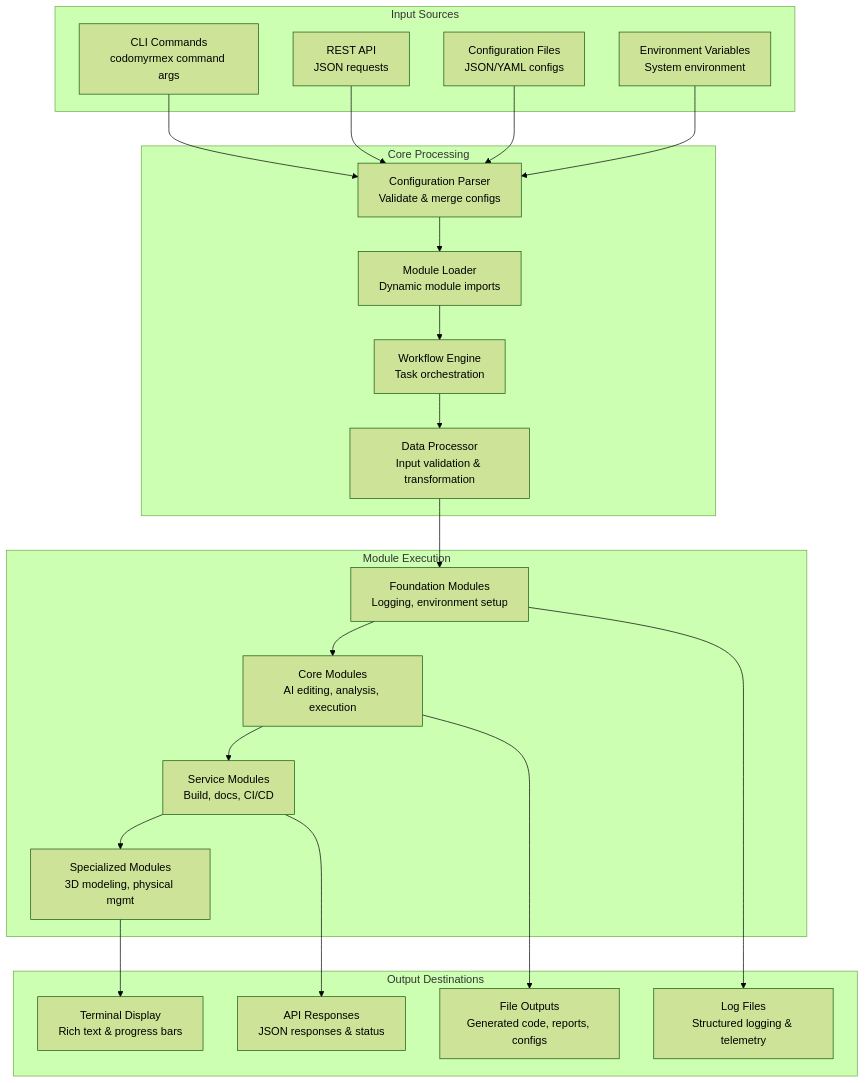
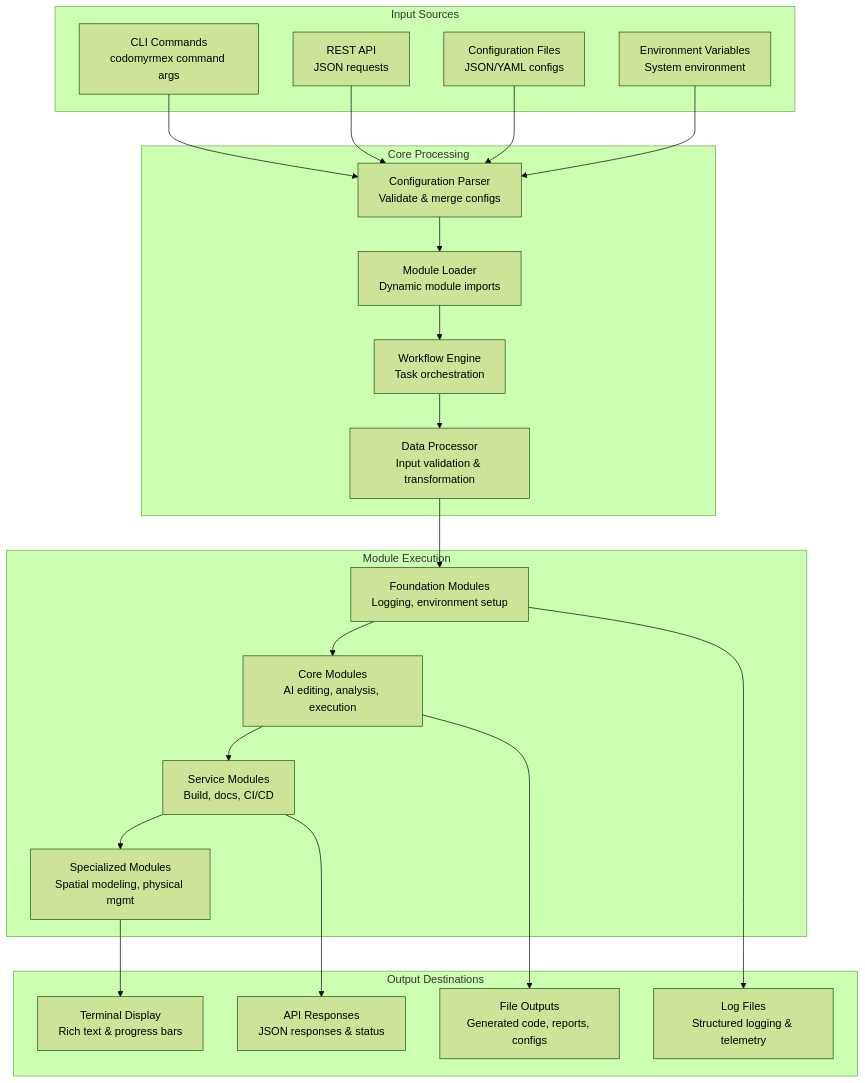
The third of 7 diagrams in src/codomyrmex/README.md (docxology/codomyrmex), drawn with Mermaid (forest theme) before and after one commit. The commit also changed other lines of this file and 1922 other files, not shown here.

````diff
--- a/src/codomyrmex/README.md
+++ b/src/codomyrmex/README.md
@@ -153,49 +153,49 @@
 ```mermaid
 flowchart TD
     subgraph "Input Sources"
         CLI_INPUT[CLI Commands<br/>codomyrmex command args]
         API_INPUT[REST API<br/>JSON requests]
         FILE_INPUT[Configuration Files<br/>JSON/YAML configs]
         ENV_VARS[Environment Variables<br/>System environment]
     end
 
     subgraph "Core Processing"
         CONFIG_PARSER[Configuration Parser<br/>Validate & merge configs]
         MODULE_LOADER[Module Loader<br/>Dynamic module imports]
         WORKFLOW_ENGINE[Workflow Engine<br/>Task orchestration]
         DATA_PROCESSOR[Data Processor<br/>Input validation & transformation]
     end
 
     subgraph "Module Execution"
         FOUNDATION_EXEC[Foundation Modules<br/>Logging, environment setup]
         CORE_EXEC[Core Modules<br/>AI editing, analysis, execution]
         SERVICE_EXEC[Service Modules<br/>Build, docs, CI/CD]
-        SPECIALIZED_EXEC[Specialized Modules<br/>3D modeling, physical mgmt]
+        SPECIALIZED_EXEC[Specialized Modules<br/>Spatial modeling, physical mgmt]
     end
 
     subgraph "Output Destinations"
         TERMINAL_OUTPUT[Terminal Display<br/>Rich text & progress bars]
         FILE_OUTPUT[File Outputs<br/>Generated code, reports, configs]
         API_OUTPUT[API Responses<br/>JSON responses & status]
         LOG_OUTPUT[Log Files<br/>Structured logging & telemetry]
     end
 
     CLI_INPUT --> CONFIG_PARSER
     API_INPUT --> CONFIG_PARSER
     FILE_INPUT --> CONFIG_PARSER
     ENV_VARS --> CONFIG_PARSER
 
     CONFIG_PARSER --> MODULE_LOADER
     MODULE_LOADER --> WORKFLOW_ENGINE
     WORKFLOW_ENGINE --> DATA_PROCESSOR
 
     DATA_PROCESSOR --> FOUNDATION_EXEC
     FOUNDATION_EXEC --> CORE_EXEC
     CORE_EXEC --> SERVICE_EXEC
     SERVICE_EXEC --> SPECIALIZED_EXEC
 
     FOUNDATION_EXEC --> LOG_OUTPUT
     CORE_EXEC --> FILE_OUTPUT
     SERVICE_EXEC --> API_OUTPUT
     SPECIALIZED_EXEC --> TERMINAL_OUTPUT
 ```
````
